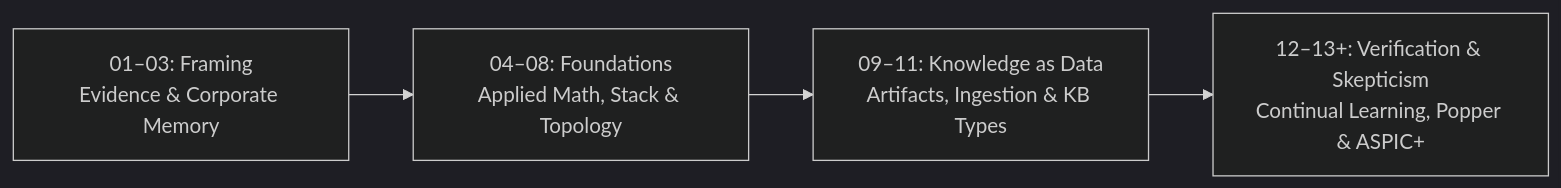
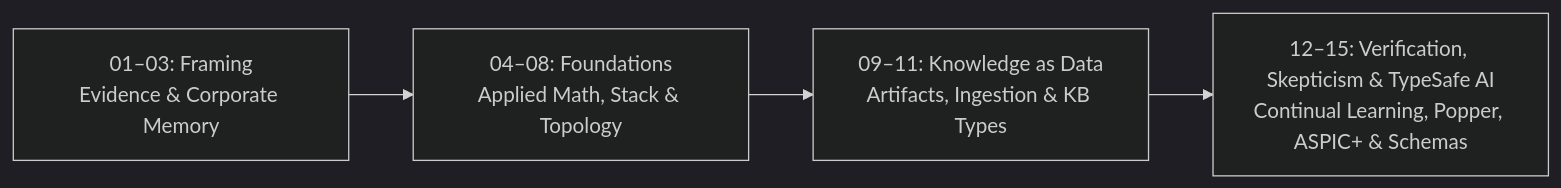
The diagram in README.md (nick-fedchik/nick-fedchik), drawn with Mermaid (dark theme) before and after one commit. The commit also changed other lines of this file, not shown here.

````diff
--- a/README.md
+++ b/README.md
@@ -86,6 +72,6 @@
 ```mermaid
 flowchart LR
     L1["01–03: Framing<br/>Evidence & Corporate Memory"] --> L2["04–08: Foundations<br/>Applied Math, Stack & Topology"]
     L2 --> L3["09–11: Knowledge as Data<br/>Artifacts, Ingestion & KB Types"]
-    L3 --> L4["12–13+: Verification & Skepticism<br/>Continual Learning, Popper & ASPIC+"]
+    L3 --> L4["12–15: Verification, Skepticism & TypeSafe AI<br/>Continual Learning, Popper, ASPIC+ & Schemas"]
 ```
````
